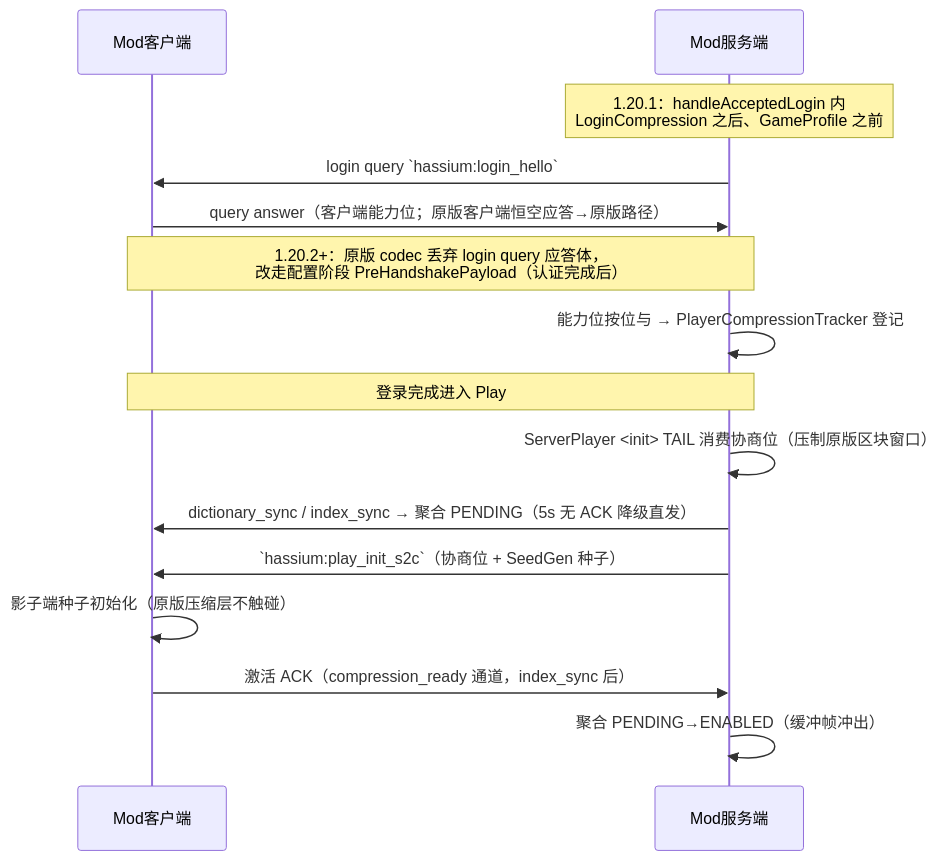
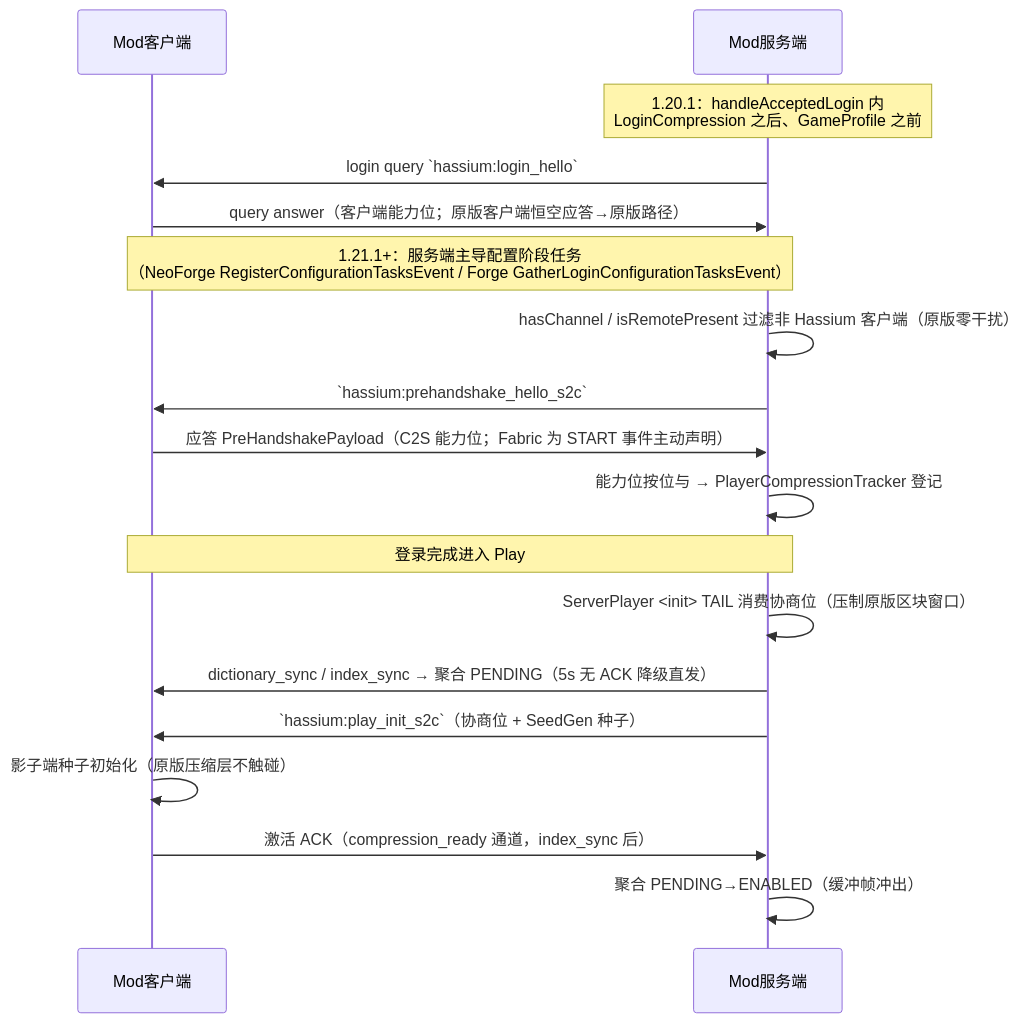
The first of 3 diagrams in docs/architecture.md (limuqy/Hassium), drawn with Mermaid before and after one commit. The commit also changed other lines of this file and 14 other files, not shown here.

````diff
--- a/docs/architecture.md
+++ b/docs/architecture.md
@@ -52,17 +52,20 @@
 ```mermaid
 sequenceDiagram
   participant C as Mod客户端
   participant S as Mod服务端
   Note over S: 1.20.1：handleAcceptedLogin 内<br/>LoginCompression 之后、GameProfile 之前
   S->>C: login query `hassium:login_hello`
   C->>S: query answer（客户端能力位；原版客户端恒空应答→原版路径）
-  Note over C,S: 1.20.2+：原版 codec 丢弃 login query 应答体，<br/>改走配置阶段 PreHandshakePayload（认证完成后）
+  Note over C,S: 1.21.1+：服务端主导配置阶段任务<br/>（NeoForge RegisterConfigurationTasksEvent / Forge GatherLoginConfigurationTasksEvent）
+  S->>S: hasChannel / isRemotePresent 过滤非 Hassium 客户端（原版零干扰）
+  S->>C: `hassium:prehandshake_hello_s2c`
+  C->>S: 应答 PreHandshakePayload（C2S 能力位；Fabric 为 START 事件主动声明）
   S->>S: 能力位按位与 → PlayerCompressionTracker 登记
   Note over C,S: 登录完成进入 Play
   S->>S: ServerPlayer <init> TAIL 消费协商位（压制原版区块窗口）
   S->>C: dictionary_sync / index_sync → 聚合 PENDING（5s 无 ACK 降级直发）
   S->>C: `hassium:play_init_s2c`（协商位 + SeedGen 种子）
   C->>C: 影子端种子初始化（原版压缩层不触碰）
   C->>S: 激活 ACK（compression_ready 通道，index_sync 后）
   S->>S: 聚合 PENDING→ENABLED（缓冲帧冲出）
 ```
````
